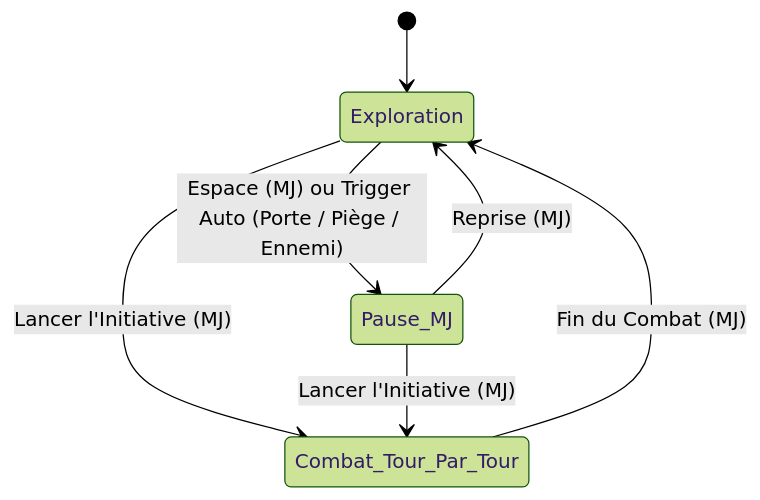
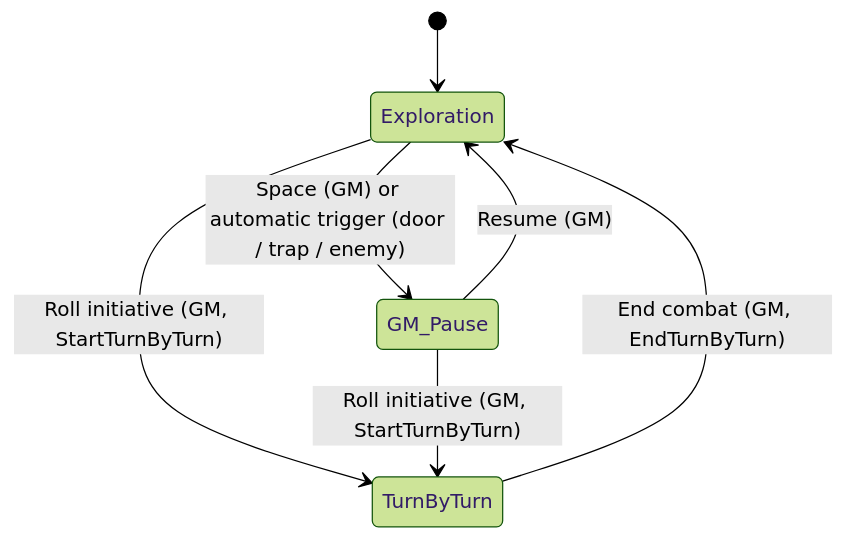
One commit to Hartorn-Inc/trame changed the diagram in docs/specs/01-TABLE-SPEC.md. Above: the diagram before and after it, drawn with Mermaid (forest theme). The commit also changed other lines of this file and 256 other files, not shown here.

````diff
--- a/docs/specs/01-TABLE-SPEC.md
+++ b/docs/specs/01-TABLE-SPEC.md
@@ -11,9 +11,9 @@
 ```mermaid
 stateDiagram-v2
     [*] --> Exploration
-    Exploration --> Pause_MJ : Espace (MJ) ou Trigger Auto (Porte / Piège / Ennemi)
-    Pause_MJ --> Exploration : Reprise (MJ)
-    Exploration --> Combat_Tour_Par_Tour : Lancer l'Initiative (MJ)
-    Pause_MJ --> Combat_Tour_Par_Tour : Lancer l'Initiative (MJ)
-    Combat_Tour_Par_Tour --> Exploration : Fin du Combat (MJ)
+    Exploration --> GM_Pause : Space (GM) or automatic trigger (door / trap / enemy)
+    GM_Pause --> Exploration : Resume (GM)
+    Exploration --> TurnByTurn : Roll initiative (GM, StartTurnByTurn)
+    GM_Pause --> TurnByTurn : Roll initiative (GM, StartTurnByTurn)
+    TurnByTurn --> Exploration : End combat (GM, EndTurnByTurn)
 ```
````
